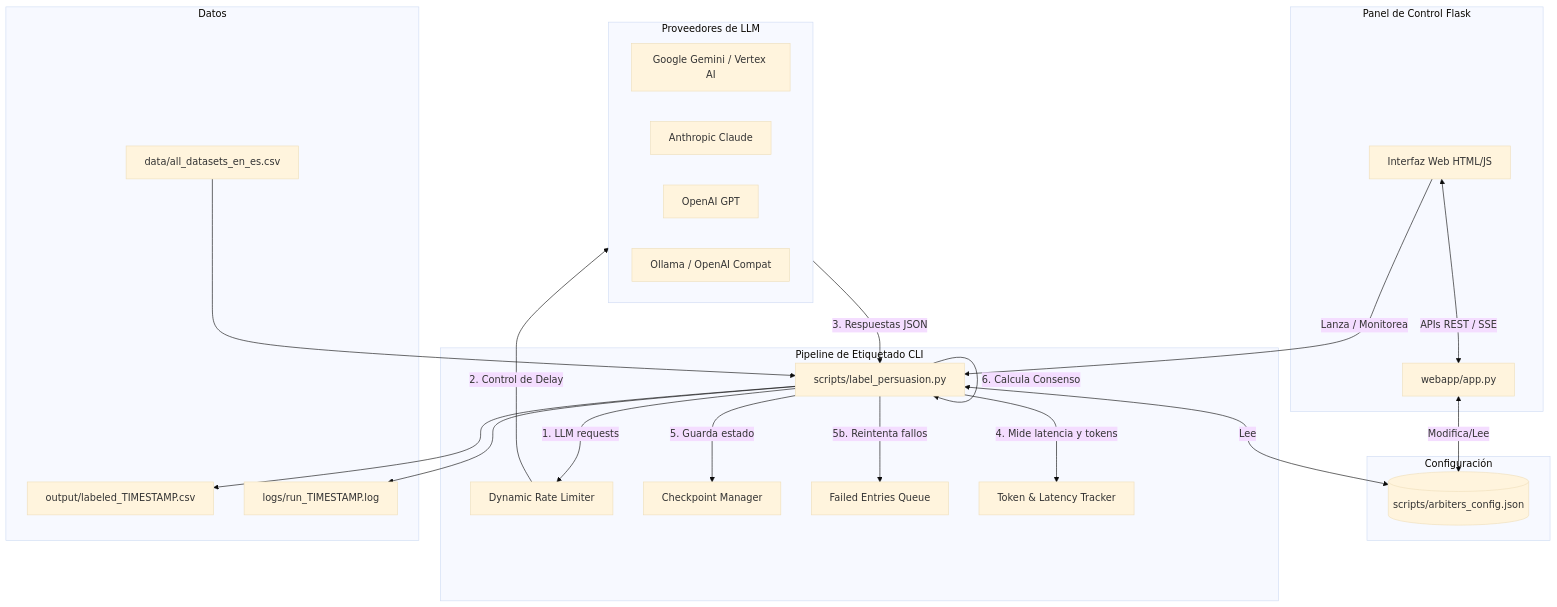
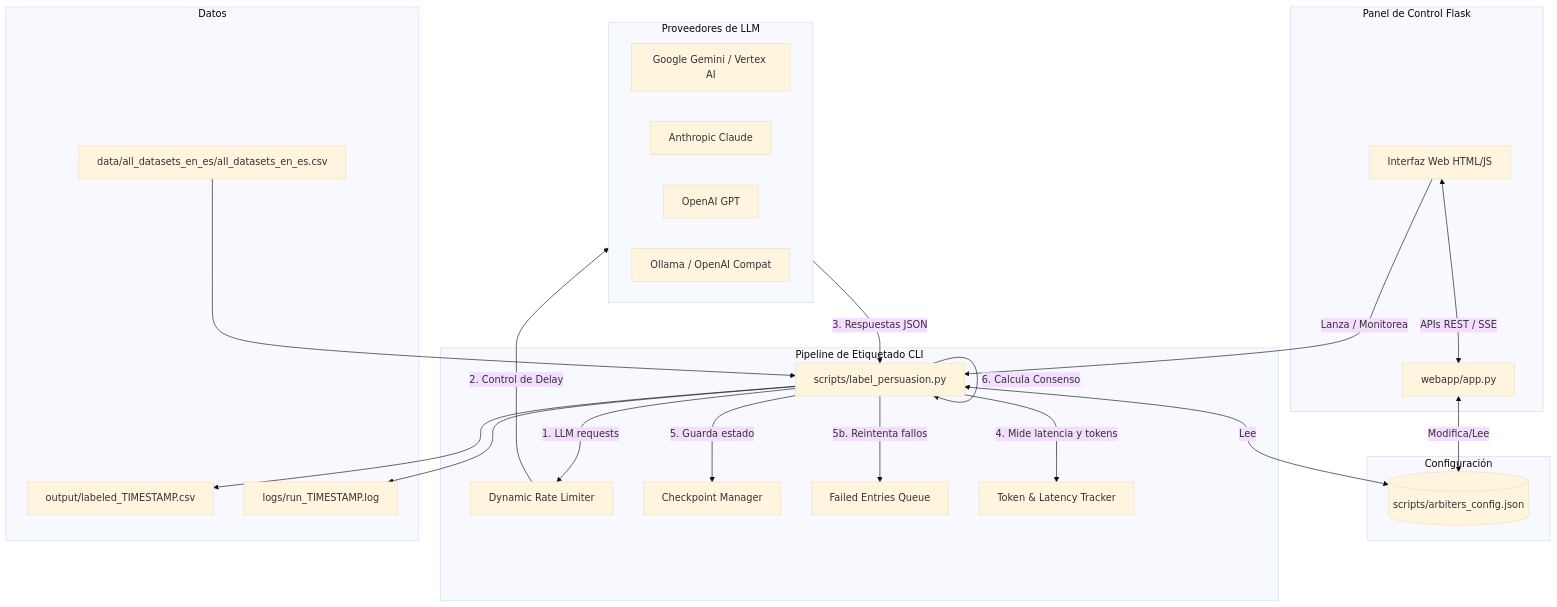
One commit to lbustio/LabelForge changed the diagram in README.md. Above: the diagram before and after it, drawn with Mermaid (base theme). The commit also changed other lines of this file, not shown here.

````diff
--- a/README.md
+++ b/README.md
@@ -14,45 +14,45 @@
 ```mermaid
 flowchart TD
     subgraph WebApp [Panel de Control Flask]
         UI[Interfaz Web HTML/JS] <-->|APIs REST / SSE| Server[webapp/app.py]
     end
 
     subgraph Config [Configuración]
         CfgFile[(scripts/arbiters_config.json)]
     end
 
     subgraph Pipeline [Pipeline de Etiquetado CLI]
         Runner[scripts/label_persuasion.py]
         Limiter[Dynamic Rate Limiter]
         Checkpoint[Checkpoint Manager]
         FailedQ[Failed Entries Queue]
         Metrics[Token & Latency Tracker]
     end
 
     subgraph LLM_Providers [Proveedores de LLM]
         Gemini[Google Gemini / Vertex AI]
         Anthropic[Anthropic Claude]
         OpenAI[OpenAI GPT]
         Local[Ollama / OpenAI Compat]
     end
 
     subgraph Data [Datos]
-        InputCSV[data/all_datasets_en_es.csv]
+        InputCSV[data/all_datasets_en_es/all_datasets_en_es.csv]
         OutputCSV[output/labeled_TIMESTAMP.csv]
         LogFile[logs/run_TIMESTAMP.log]
     end
 
     Server <-->|Modifica/Lee| CfgFile
     Runner <-->|Lee| CfgFile
     UI -->|Lanza / Monitorea| Runner
     InputCSV --> Runner
     Runner -->|1. LLM requests| Limiter
     Limiter -->|2. Control de Delay| LLM_Providers
     LLM_Providers -->|3. Respuestas JSON| Runner
     Runner -->|4. Mide latencia y tokens| Metrics
     Runner -->|5. Guarda estado| Checkpoint
     Runner -->|5b. Reintenta fallos| FailedQ
     Runner -->|6. Calcula Consenso| Runner
     Runner --> OutputCSV
     Runner --> LogFile
 ```
````
